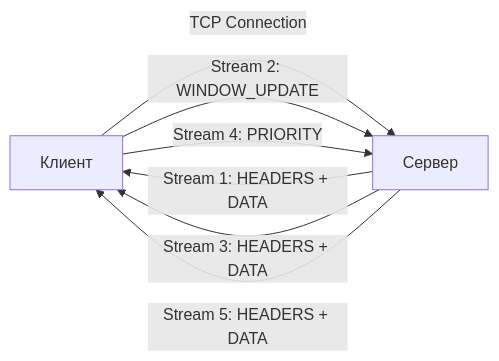
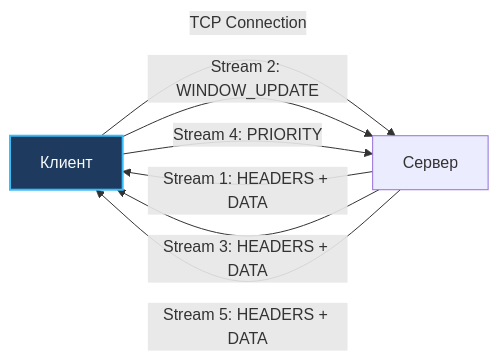
One commit to UnrealTemplier/go-textbook changed the third of 5 diagrams in sources/3. Компьютерные сети и сетевой стек/22. HTTP 2. Multiplexing, Frames, HPACK.md. Above: the diagram before and after it, drawn with Mermaid. The commit also changed other lines of this file and 1666 other files, not shown here.

First line of the commit message:
feat(mermaid): add semantic color classDef to 1369 colorless flowchart/graph diagrams

````diff
--- a/sources/3. Компьютерные сети и сетевой стек/22. HTTP 2. Multiplexing, Frames, HPACK.md
+++ b/sources/3. Компьютерные сети и сетевой стек/22. HTTP 2. Multiplexing, Frames, HPACK.md
@@ -90,9 +110,19 @@
 ```mermaid
 flowchart LR
-    Client["Клиент"] -->|"TCP Connection"| Server["Сервер"]
+    classDef process  fill:#1e293b,stroke:#38bdf8,stroke-width:1px,color:#f8fafc
+    classDef success  fill:#064e3b,stroke:#34d399,stroke-width:1px,color:#f8fafc
+    classDef error    fill:#7f1d1d,stroke:#f87171,stroke-width:1px,color:#f8fafc
+    classDef warning  fill:#78350f,stroke:#fbbf24,stroke-width:1px,color:#f8fafc
+    classDef entry    fill:#1e3a5f,stroke:#38bdf8,stroke-width:2px,color:#f8fafc
+    classDef aux      fill:#334155,stroke:#64748b,stroke-width:1px,color:#f8fafc
+    classDef system   fill:#312e81,stroke:#a78bfa,stroke-width:1px,color:#f8fafc
+    classDef data     fill:#132d29,stroke:#2dd4bf,stroke-width:1px,color:#f8fafc
+    classDef network  fill:#881337,stroke:#fb7185,stroke-width:1px,color:#f8fafc
+    classDef accent   fill:#1e1b4b,stroke:#818cf8,stroke-width:1px,color:#f8fafc
+    Client["Клиент"]:::entry -->|"TCP Connection"| Server["Сервер"]
     Server -->|"Stream 1: HEADERS + DATA"| Client
     Server -->|"Stream 3: HEADERS + DATA"| Client
     Server -->|"Stream 5: HEADERS + DATA"| Client
     Client -->|"Stream 2: WINDOW_UPDATE"| Server
     Client -->|"Stream 4: PRIORITY"| Server
 ```
````
